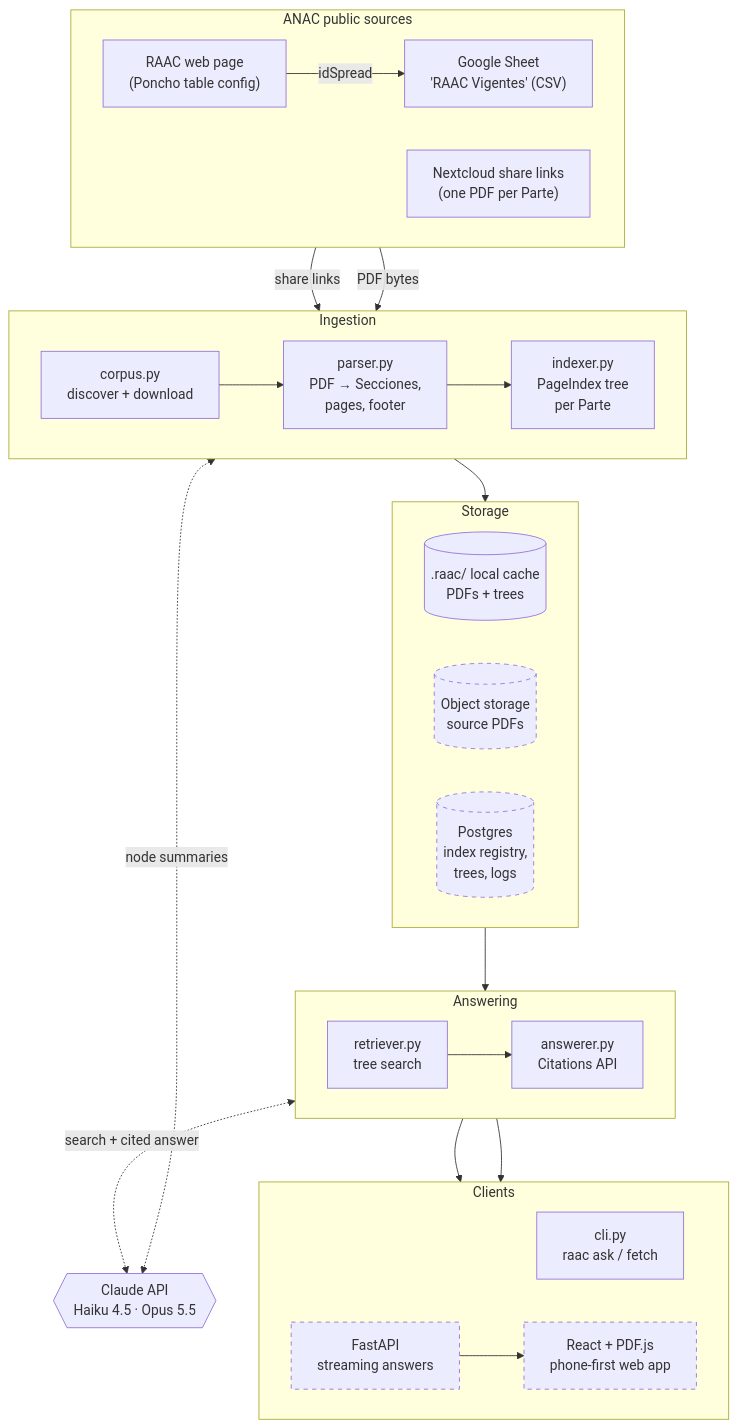
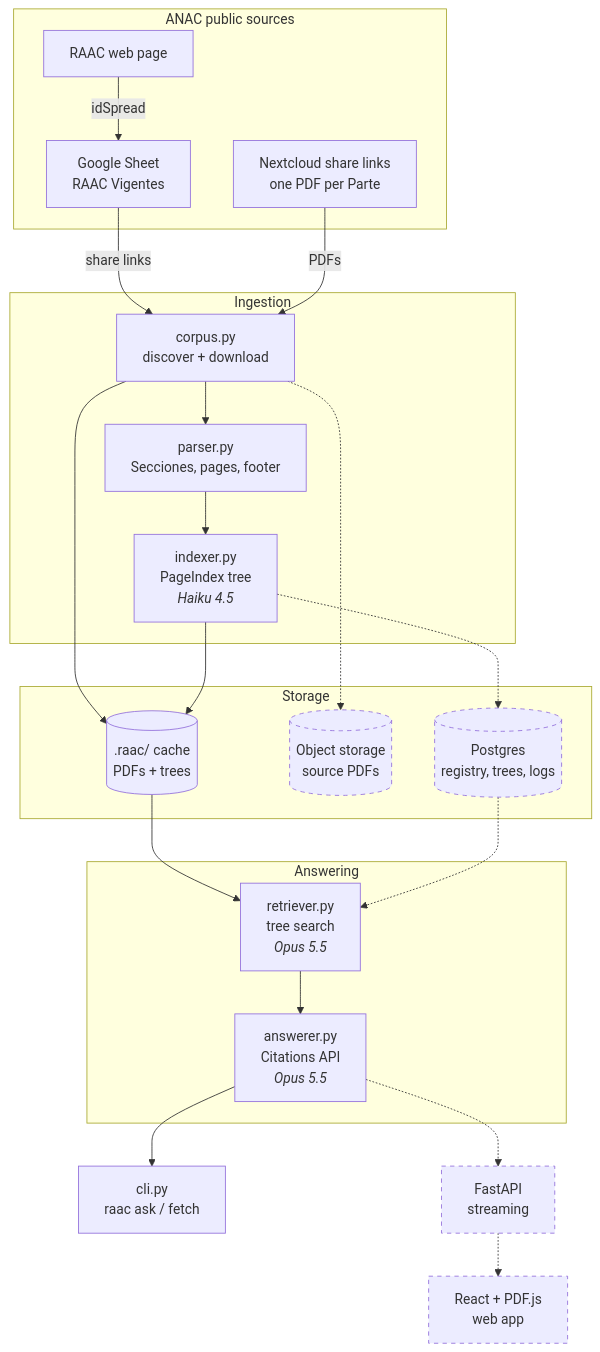
The first of 7 diagrams in README.md (Guernik/raac-rag), drawn with Mermaid before and after one commit. The commit also changed other lines of this file, not shown here.

Commit message:
README: architecture diagram that lays out the same on GitHub's Mermaid
Node-to-node edges only and no per-subgraph direction, which GitHub's renderer
ignores when a subgraph has outside links; models shown on the stages that call
Claude instead of a separate node with crossing edges.

Claude-Session: https://claude.ai/code/session_01Cg5DyVqNnonD88hUaF8LQZ

````diff
--- a/README.md
+++ b/README.md
@@ -18,45 +18,46 @@
 ```mermaid
 flowchart TB
     subgraph ANAC["ANAC public sources"]
-        direction LR
-        page["RAAC web page<br/>(Poncho table config)"] -- idSpread --> sheet["Google Sheet<br/>'RAAC Vigentes' (CSV)"]
-        nc["Nextcloud share links<br/>(one PDF per Parte)"]
+        page["RAAC web page"]
+        sheet["Google Sheet<br/>RAAC Vigentes"]
+        nc["Nextcloud share links<br/>one PDF per Parte"]
     end
 
     subgraph ingest["Ingestion"]
-        direction LR
-        corpus["corpus.py<br/>discover + download"] --> parser["parser.py<br/>PDF → Secciones,<br/>pages, footer"] --> indexer["indexer.py<br/>PageIndex tree<br/>per Parte"]
+        corpus["corpus.py<br/>discover + download"]
+        parser["parser.py<br/>Secciones, pages, footer"]
+        indexer["indexer.py<br/>PageIndex tree<br/><i>Haiku 4.5</i>"]
     end
 
-    subgraph storage["Storage"]
-        direction LR
-        cache[(".raac/ local cache<br/>PDFs + trees")]
+    subgraph store["Storage"]
+        cache[(".raac/ cache<br/>PDFs + trees")]
         pdfs[("Object storage<br/>source PDFs")]
-        pg[("Postgres<br/>index registry,<br/>trees, logs")]
+        pg[("Postgres<br/>registry, trees, logs")]
     end
 
-    subgraph serve["Answering"]
-        direction LR
-        retriever["retriever.py<br/>tree search"] --> answerer["answerer.py<br/>Citations API"]
+    subgraph answer["Answering"]
+        retriever["retriever.py<br/>tree search<br/><i>Opus 5.5</i>"]
+        answerer["answerer.py<br/>Citations API<br/><i>Opus 5.5</i>"]
     end
 
-    subgraph clients["Clients"]
-        direction LR
-        cli["cli.py<br/>raac ask / fetch"]
-        api["FastAPI<br/>streaming answers"] --> web["React + PDF.js<br/>phone-first web app"]
-    end
+    cli["cli.py<br/>raac ask / fetch"]
+    api["FastAPI<br/>streaming"]
+    web["React + PDF.js<br/>web app"]
 
-    claude{{"Claude API<br/>Haiku 4.5 · Opus 5.5"}}
-
+    page -- idSpread --> sheet
     sheet -- share links --> corpus
-    nc -- PDF bytes --> corpus
-    ingest --> storage
-    storage --> serve
+    nc -- PDFs --> corpus
+    corpus --> parser --> indexer
+    corpus --> cache
+    indexer --> cache
+    corpus -.-> pdfs
+    indexer -.-> pg
+    cache --> retriever
+    pg -.-> retriever
+    retriever --> answerer
     answerer --> cli
-    answerer --> api
-    ingest <-. node summaries .-> claude
-    serve <-. search + cited answer .-> claude
+    answerer -.-> api -.-> web
 
     classDef planned stroke-dasharray: 5 5
     class api,web,pg,pdfs planned
 ```
````
